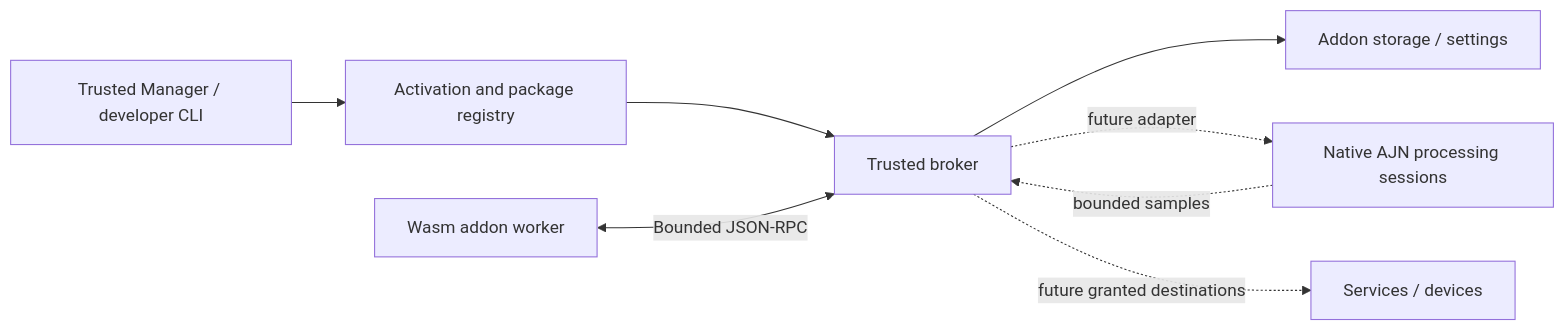
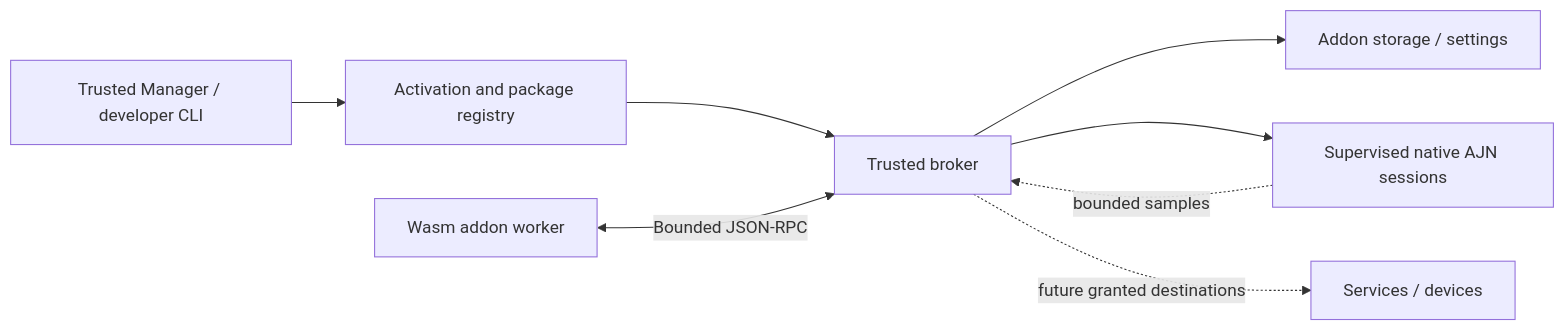
One commit to 422415/mpv-AnimeJaNai changed the diagram in addons/ARCHITECTURE.md. Above: the diagram before and after it, drawn with Mermaid. The commit also changed 32 other files, not shown here.

Commit message:
Add approved native processing sessions and retryable resource cleanup

````diff
--- a/addons/ARCHITECTURE.md
+++ b/addons/ARCHITECTURE.md
@@ -5,10 +5,10 @@
 ```mermaid
 flowchart LR
     UI[Trusted Manager / developer CLI] --> Life[Activation and package registry]
     Life --> Host[Trusted broker]
     Guest[Wasm addon worker] <-->|Bounded JSON-RPC| Host
     Host --> Data[Addon storage / settings]
-    Host -. future adapter .-> Sessions[Native AJN processing sessions]
+    Host --> Sessions[Supervised native AJN sessions]
     Sessions -. bounded samples .-> Host
     Host -. future granted destinations .-> Devices[Services / devices]
 ```
````
